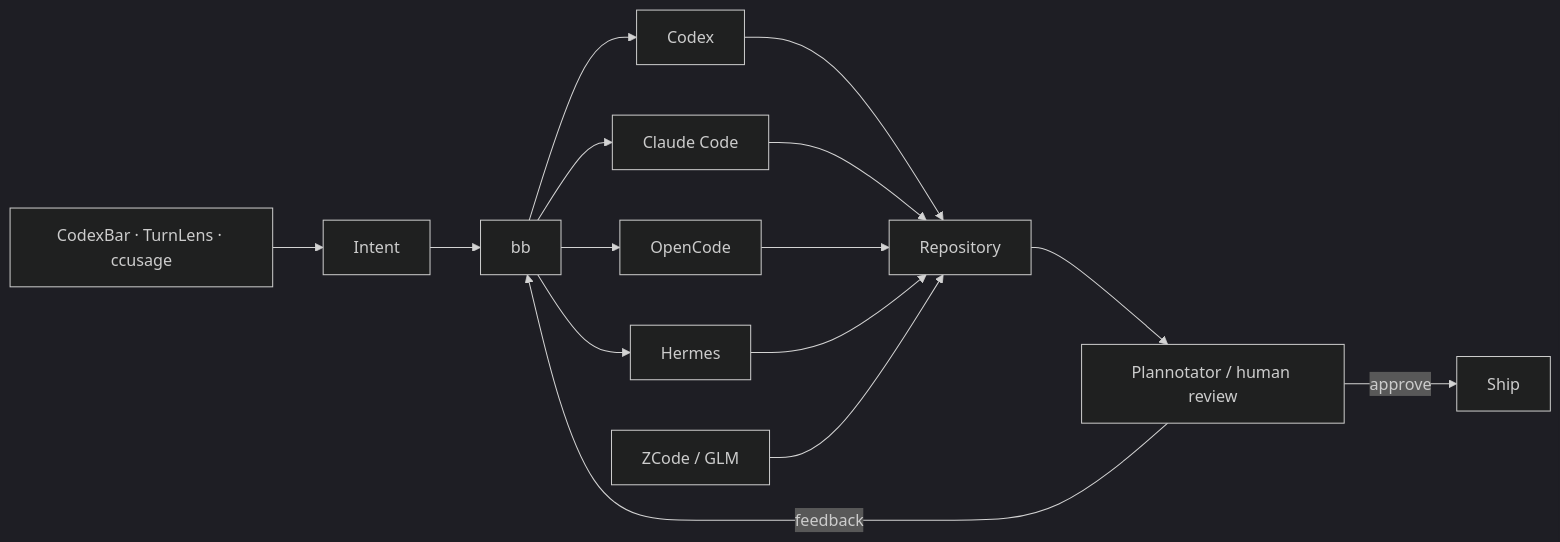
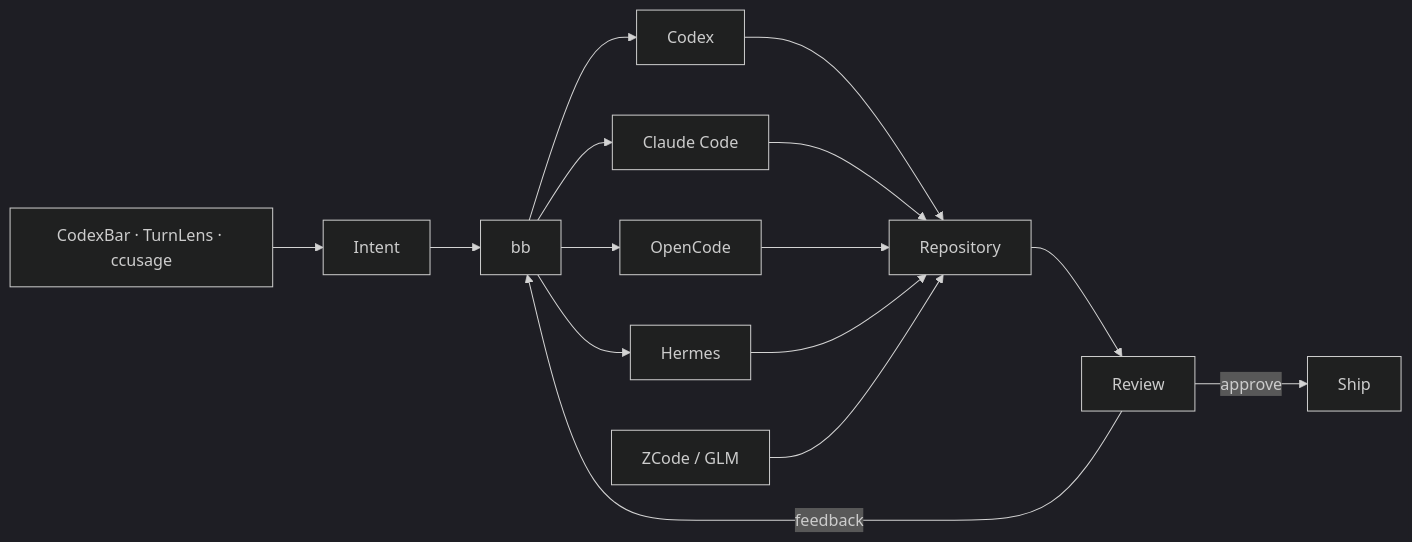
The diagram in README.md (OnurByte/nix-config), drawn with Mermaid (dark theme) before and after one commit. The commit also changed other lines of this file, not shown here.

````diff
--- a/README.md
+++ b/README.md
@@ -130,20 +108,20 @@
 ```mermaid
 flowchart LR
     Human[Intent] --> BB[bb]
     BB --> Codex[Codex]
     BB --> Claude[Claude Code]
     BB --> OpenCode[OpenCode]
     BB --> Hermes[Hermes]
 
     Codex --> Repo[Repository]
     Claude --> Repo
     OpenCode --> Repo
     Hermes --> Repo
     ZCode[ZCode / GLM] --> Repo
 
-    Repo --> Review[Plannotator / human review]
+    Repo --> Review[Review]
     Review -->|approve| Ship[Ship]
     Review -->|feedback| BB
 
     Usage[CodexBar · TurnLens · ccusage] --> Human
 ```
````
